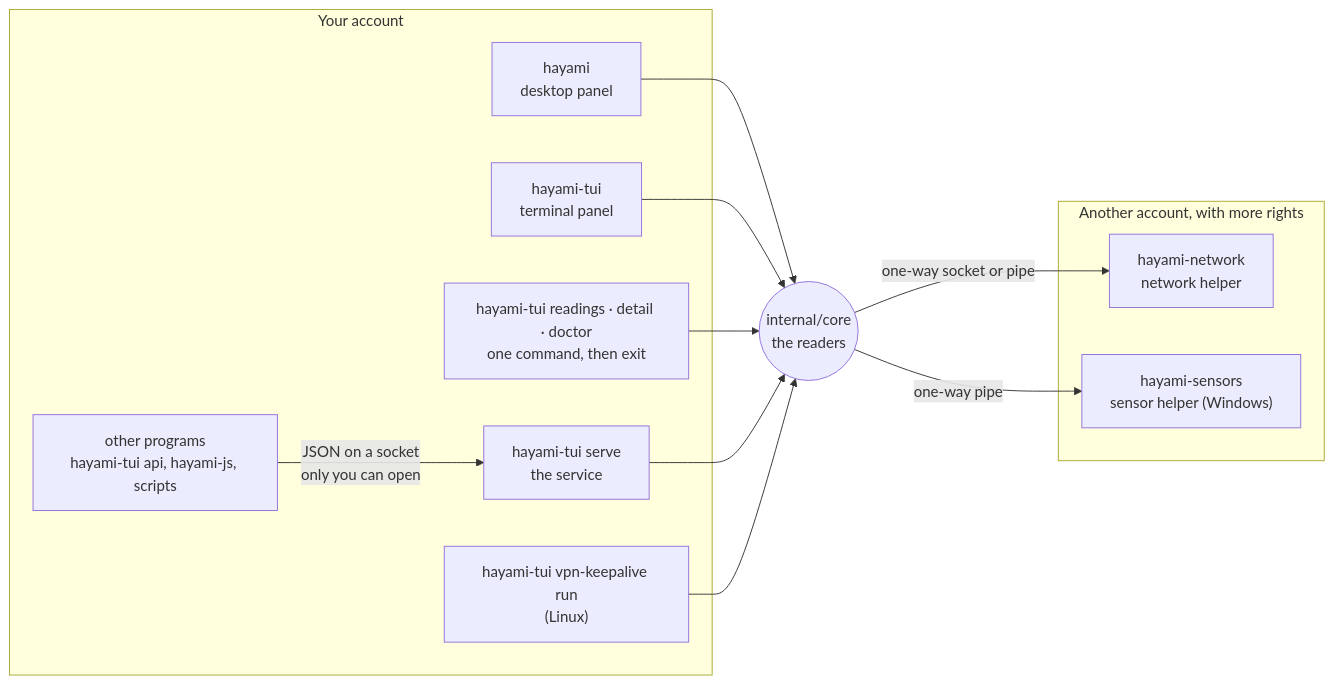
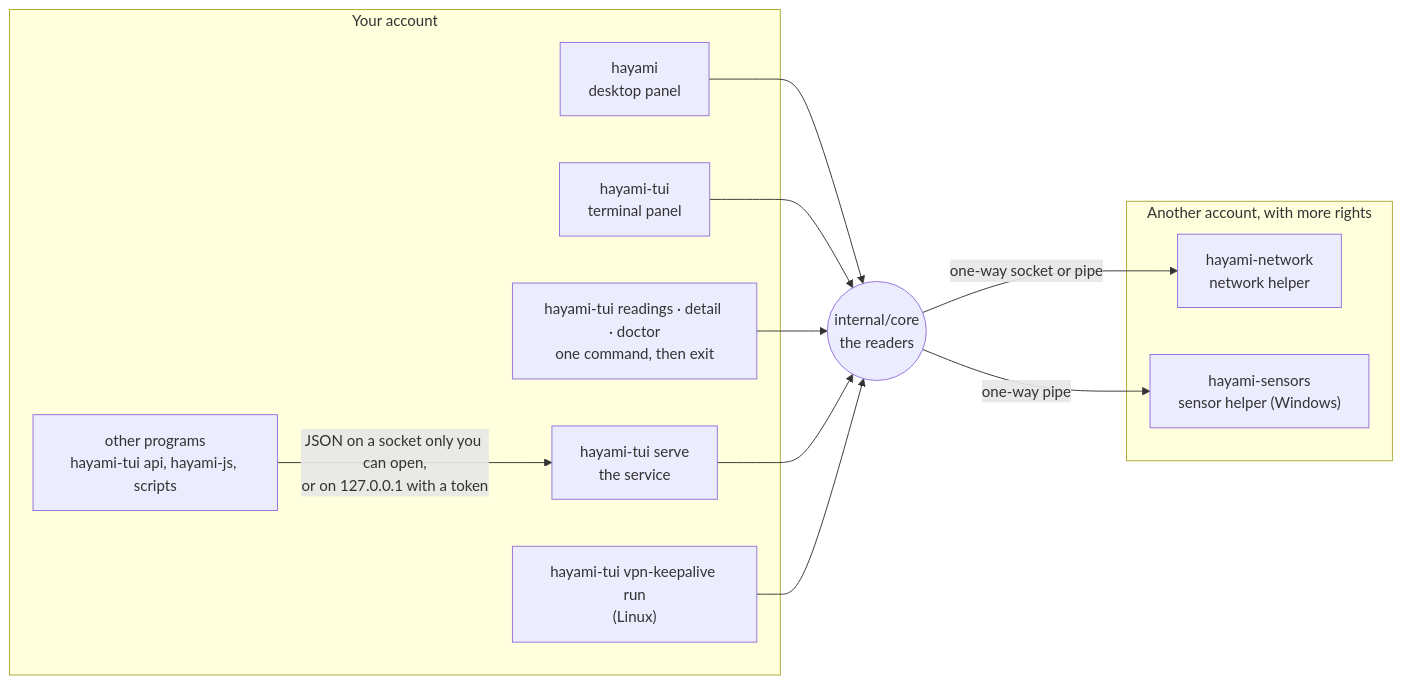
The diagram in ARCHITECTURE.md (ushineko/hayami), drawn with Mermaid before and after one commit. The commit also changed other lines of this file and 5 other files, not shown here.

````diff
--- a/ARCHITECTURE.md
+++ b/ARCHITECTURE.md
@@ -16,24 +16,24 @@
 ```mermaid
 flowchart LR
   subgraph you["Your account"]
     W["hayami<br/>desktop panel"]
     T["hayami-tui<br/>terminal panel"]
     C["hayami-tui readings · detail · doctor<br/>one command, then exit"]
     S["hayami-tui serve<br/>the service"]
     K["hayami-tui vpn-keepalive run<br/>(Linux)"]
     X["other programs<br/>hayami-tui api, hayami-js, scripts"]
   end
   subgraph priv["Another account, with more rights"]
     N["hayami-network<br/>network helper"]
     H["hayami-sensors<br/>sensor helper (Windows)"]
   end
   core(("internal/core<br/>the readers"))
   W --> core
   T --> core
   C --> core
   S --> core
   K --> core
-  X -- "JSON on a socket<br/>only you can open" --> S
+  X -- "JSON on a socket only you can open,<br/>or on 127.0.0.1 with a token" --> S
   core -- "one-way socket or pipe" --> N
   core -- "one-way pipe" --> H
 ```
````
